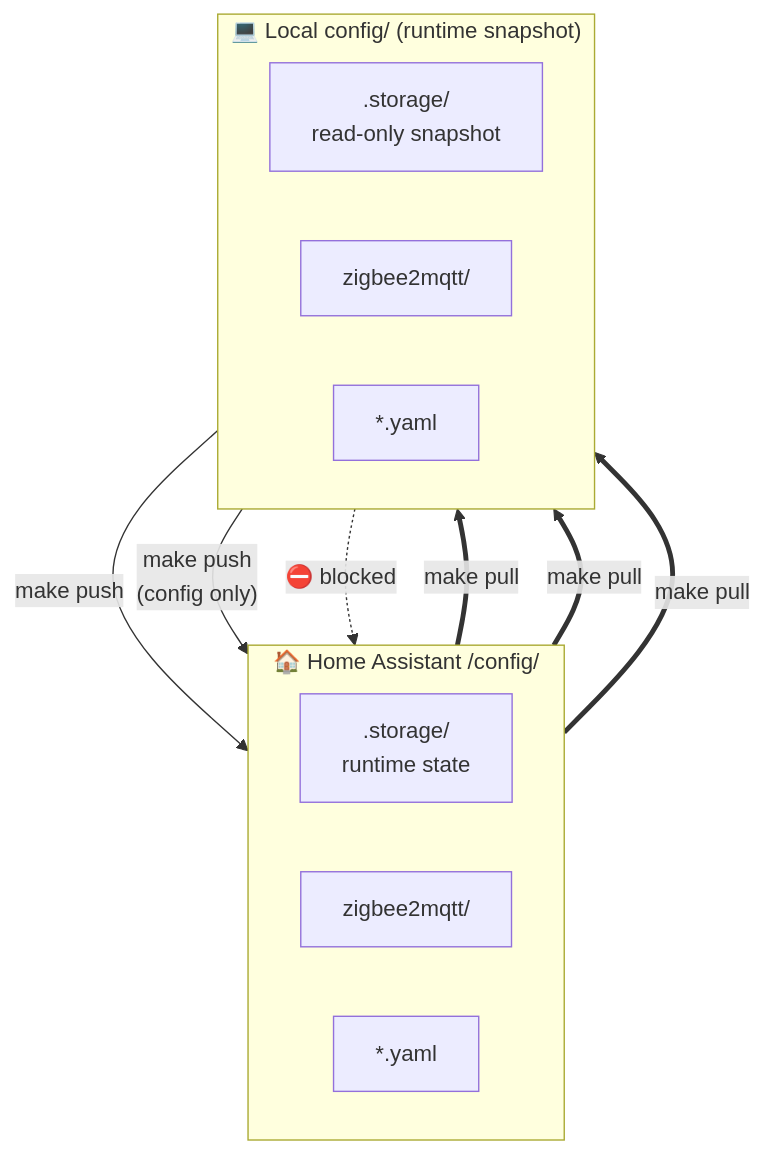
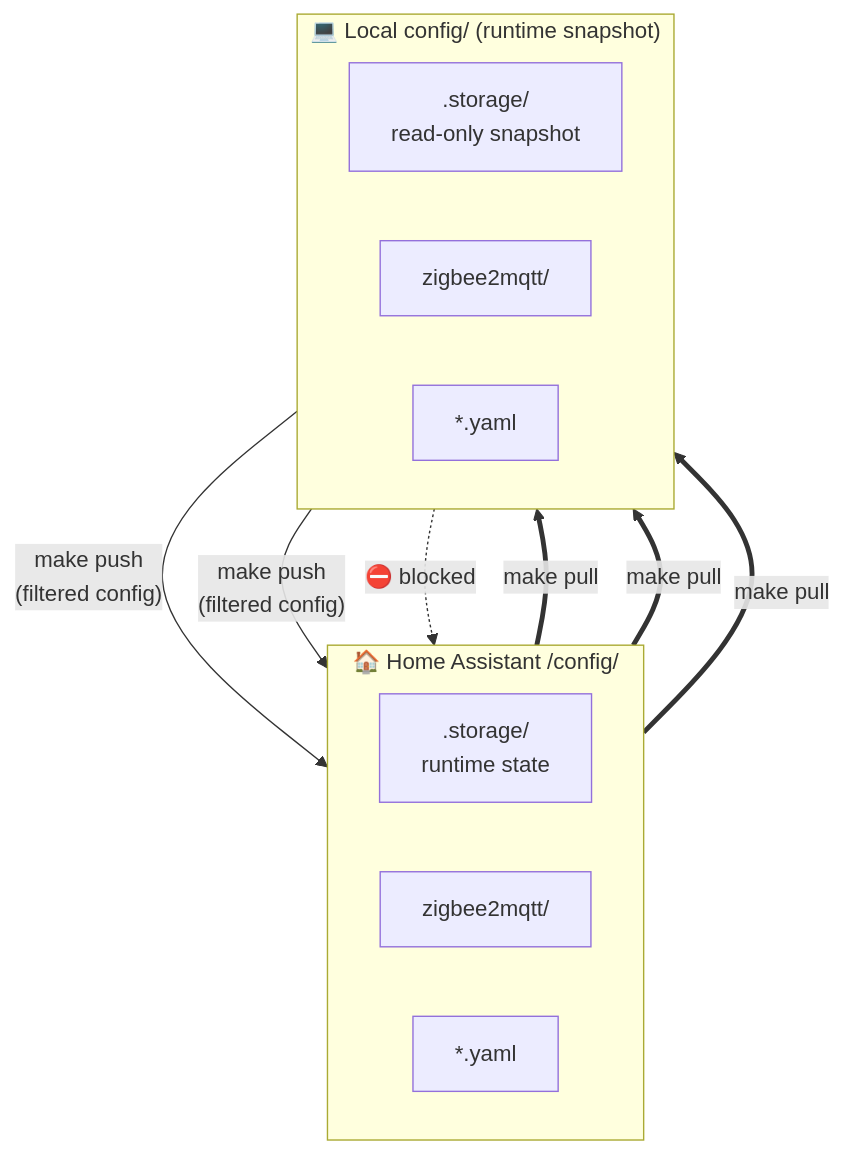
One commit to stephenwong/claude-homeassistant changed the third of 4 diagrams in README.md. Above: the diagram before and after it, drawn with Mermaid. The commit also changed other lines of this file and 9 other files, not shown here.

````diff
--- a/README.md
+++ b/README.md
@@ -86,28 +86,28 @@
 ```mermaid
 flowchart TB
     subgraph HA["🏠 Home Assistant /config/"]
         direction LR
         ha_storage[".storage/<br/>runtime state"]
         ha_z2m["zigbee2mqtt/"]
         ha_yaml["*.yaml"]
     end
 
     subgraph local["💻 Local config/ (runtime snapshot)"]
         direction LR
         loc_storage[".storage/<br/>read-only snapshot"]
         loc_z2m["zigbee2mqtt/"]
         loc_yaml["*.yaml"]
     end
 
     %% Pull — permissive but safety-filtered (thick arrows)
     ha_storage ==>|"make pull"| loc_storage
     ha_z2m ==>|"make pull"| loc_z2m
     ha_yaml ==>|"make pull"| loc_yaml
 
-    %% Push — restrictive (only YAML + z2m config go up)
-    loc_yaml -->|"make push"| ha_yaml
-    loc_z2m -->|"make push<br/>(config only)"| ha_z2m
+    %% Push — filtered config tree (runtime files excluded)
+    loc_yaml -->|"make push<br/>(filtered config)"| ha_yaml
+    loc_z2m -->|"make push<br/>(filtered config)"| ha_z2m
 
     %% .storage/ NEVER pushed
     loc_storage -.->|"⛔ blocked"| ha_storage
 ```
````
